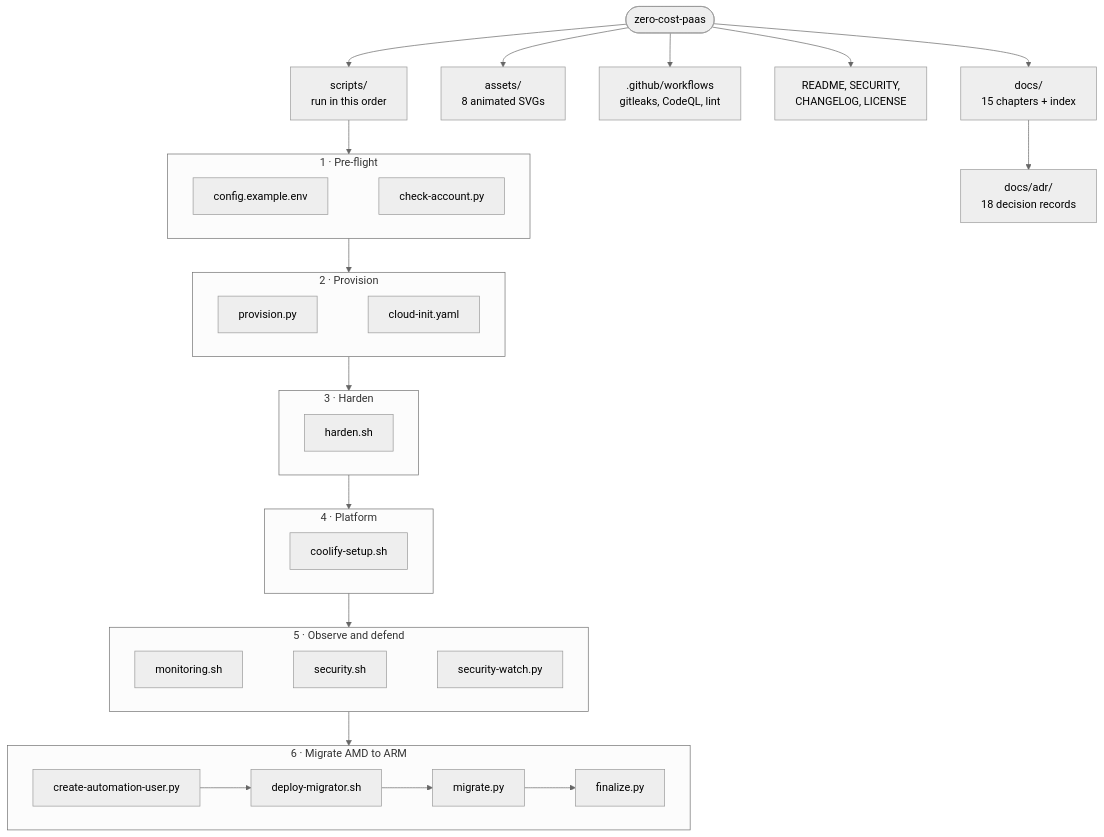
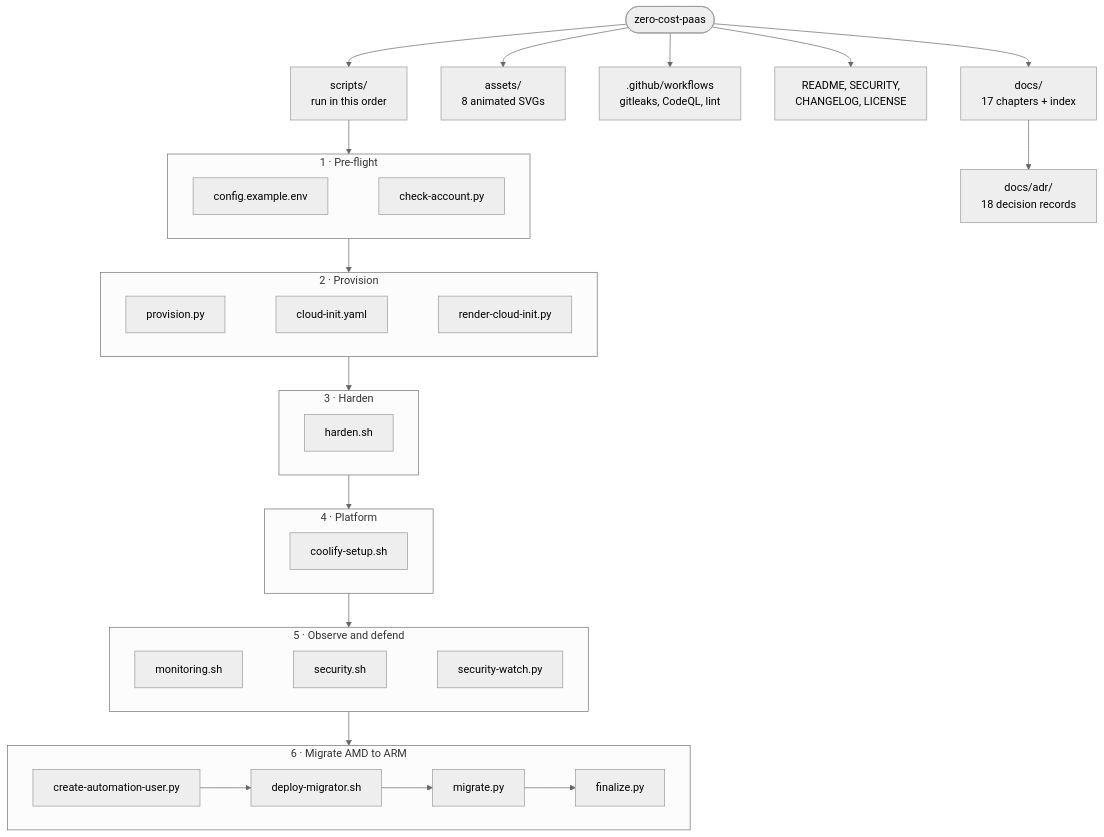
Before and after one commit to 855princekumar/zero-cost-paas: the second of 2 diagrams in README.md, drawn with Mermaid (neutral theme). The commit also changed other lines of this file and 10 other files, not shown here.

````diff
--- a/README.md
+++ b/README.md
@@ -221,34 +230,34 @@
 ```mermaid
 flowchart TB
     root(["zero-cost-paas"])
-    root --> docs["docs/<br/>15 chapters + index"] & assets["assets/<br/>8 animated SVGs"] & ci[".github/workflows<br/>gitleaks, CodeQL, lint"] & meta["README, SECURITY,<br/>CHANGELOG, LICENSE"]
+    root --> docs["docs/<br/>17 chapters + index"] & assets["assets/<br/>8 animated SVGs"] & ci[".github/workflows<br/>gitleaks, CodeQL, lint"] & meta["README, SECURITY,<br/>CHANGELOG, LICENSE"]
     docs --> adr["docs/adr/<br/>18 decision records"]
     root --> scripts["scripts/<br/>run in this order"]
 
     subgraph p1["1 · Pre-flight"]
         direction LR
         cfg["config.example.env"] ~~~ chk["check-account.py"]
     end
     subgraph p2["2 · Provision"]
         direction LR
-        prov["provision.py"] ~~~ cinit["cloud-init.yaml"]
+        prov["provision.py"] ~~~ cinit["cloud-init.yaml"] ~~~ rci["render-cloud-init.py"]
     end
     subgraph p3["3 · Harden"]
         direction LR
         hard["harden.sh"]
     end
     subgraph p4["4 · Platform"]
         direction LR
         cool["coolify-setup.sh"]
     end
     subgraph p5["5 · Observe and defend"]
         direction LR
         mon["monitoring.sh"] ~~~ sec["security.sh"] ~~~ sw["security-watch.py"]
     end
     subgraph p6["6 · Migrate AMD to ARM"]
         direction LR
         iam["create-automation-user.py"] --> dep["deploy-migrator.sh"] --> mig["migrate.py"] --> fin["finalize.py"]
     end
 
     scripts --> p1 --> p2 --> p3 --> p4 --> p5 --> p6
 ```
````
